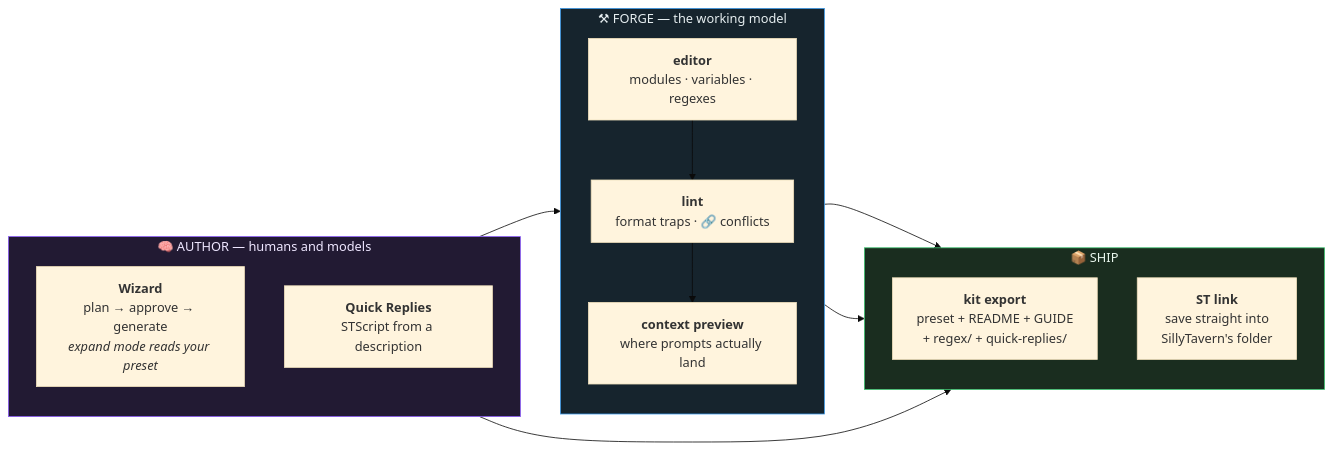
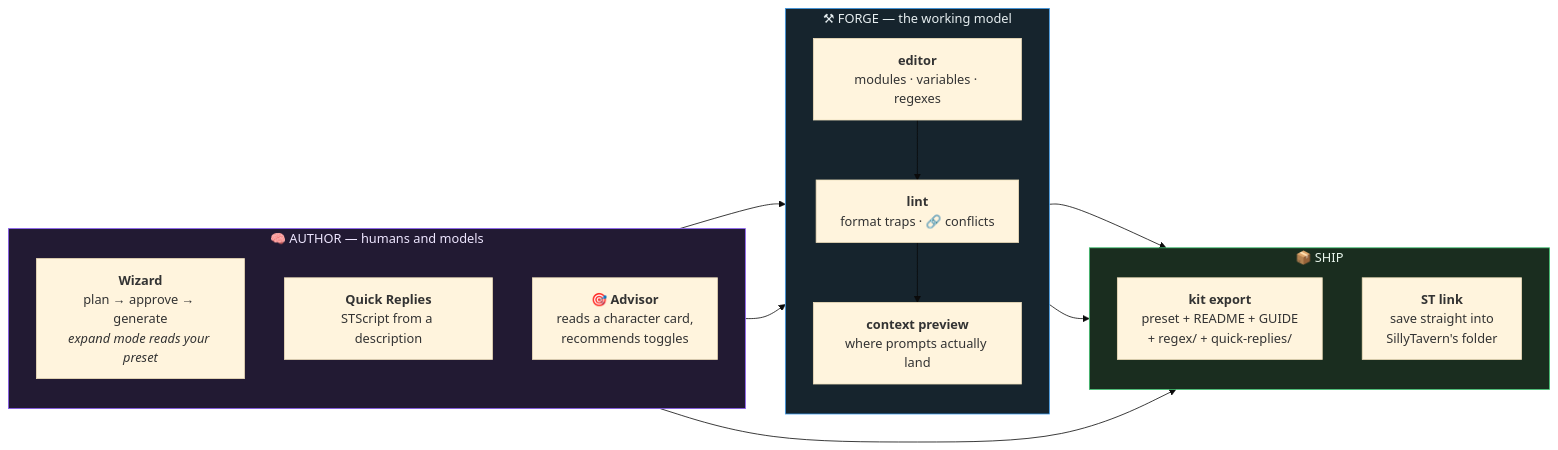
One commit to rustyorb/preset-forge changed the diagram in README.md. Above: the diagram before and after it, drawn with Mermaid (base theme). The commit also changed other lines of this file, not shown here.

````diff
--- a/README.md
+++ b/README.md
@@ -43,31 +49,33 @@
 ```mermaid
 flowchart LR
     subgraph AUTHOR["🧠 AUTHOR — humans and models"]
         direction TB
         W["<b>Wizard</b><br/>plan → approve → generate<br/><i>expand mode reads your preset</i>"]
         QR["<b>Quick Replies</b><br/>STScript from a description"]
+        AD["<b>🎯 Advisor</b><br/>reads a character card,<br/>recommends toggles"]
     end
 
     subgraph FORGE["⚒ FORGE — the working model"]
         direction TB
         ED["<b>editor</b><br/>modules · variables · regexes"]
         LN["<b>lint</b><br/>format traps · 🔗 conflicts"]
         PV["<b>context preview</b><br/>where prompts actually land"]
         ED --> LN --> PV
     end
 
     subgraph SHIP["📦 SHIP"]
         direction TB
         K["<b>kit export</b><br/>preset + README + GUIDE<br/>+ regex/ + quick-replies/"]
         ST["<b>ST link</b><br/>save straight into<br/>SillyTavern's folder"]
     end
 
     W --> ED
+    AD --> ED
     QR --> K
     PV --> K
     PV --> ST
 
     style AUTHOR fill:#221a33,stroke:#8b5cf6,color:#eee6ff
     style FORGE fill:#16242d,stroke:#3d9ae8,color:#e6eef0
     style SHIP fill:#1a2d1f,stroke:#3dc26f,color:#e8f5ec
 ```
````
